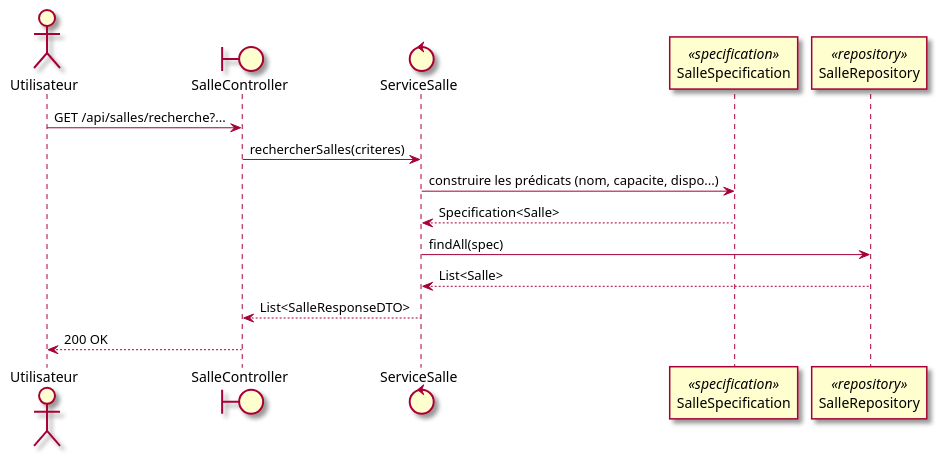
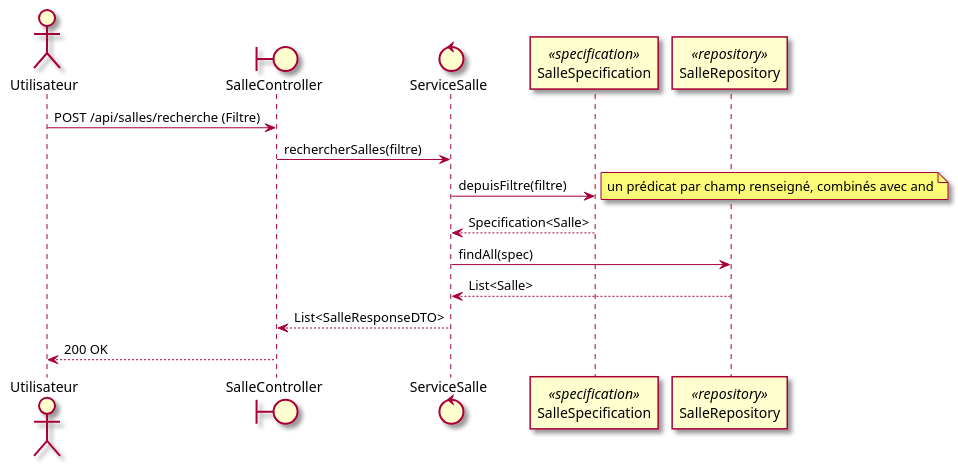
One commit to mrajaonson/glg204-room-management-system changed diagram 20 of 38 in docs/03-Conception.md. Above: the diagram before and after it, drawn with PlantUML. The commit also changed other lines of this file and 4 other files, not shown here.

````diff
--- a/docs/03-Conception.md
+++ b/docs/03-Conception.md
@@ -990,20 +1019,21 @@
 ```plantuml
 @startuml
 skin rose
 
 actor Utilisateur as u
 boundary SalleController as ctrl
 control ServiceSalle as svc
 participant SalleSpecification as spec <<specification>>
 participant SalleRepository as repo <<repository>>
 
-u -> ctrl : GET /api/salles/recherche?...
-ctrl -> svc : rechercherSalles(criteres)
-svc -> spec : construire les prédicats (nom, capacite, dispo...)
+u -> ctrl : POST /api/salles/recherche (Filtre)
+ctrl -> svc : rechercherSalles(filtre)
+svc -> spec : depuisFiltre(filtre)
+note right : un prédicat par champ renseigné, combinés avec and
 spec --> svc : Specification<Salle>
 svc -> repo : findAll(spec)
 repo --> svc : List<Salle>
 svc --> ctrl : List<SalleResponseDTO>
 ctrl --> u : 200 OK
 @enduml
 ```
````
